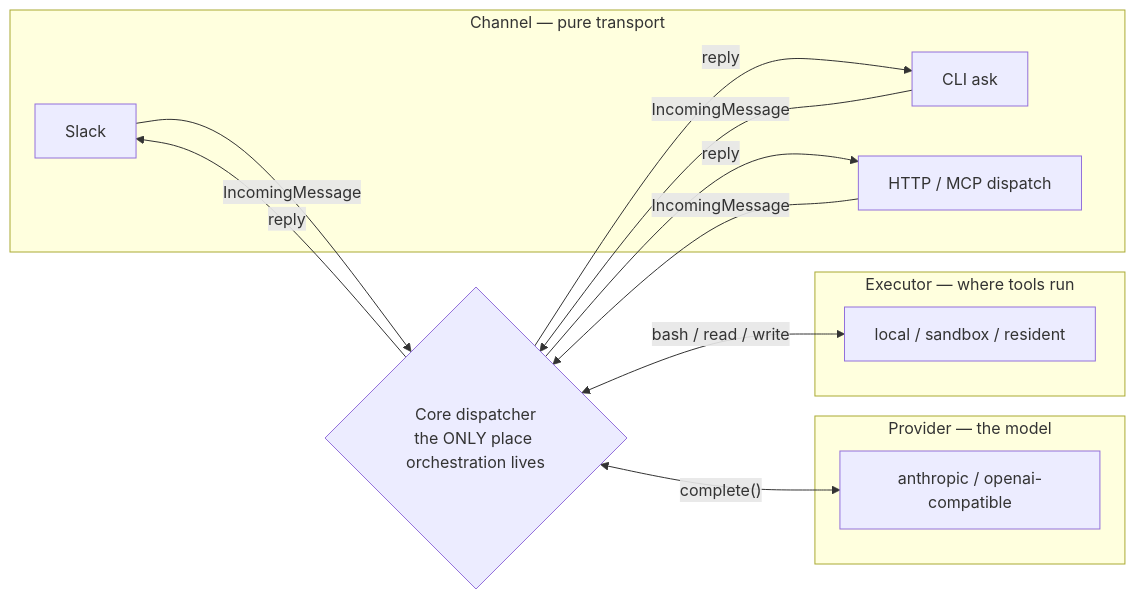
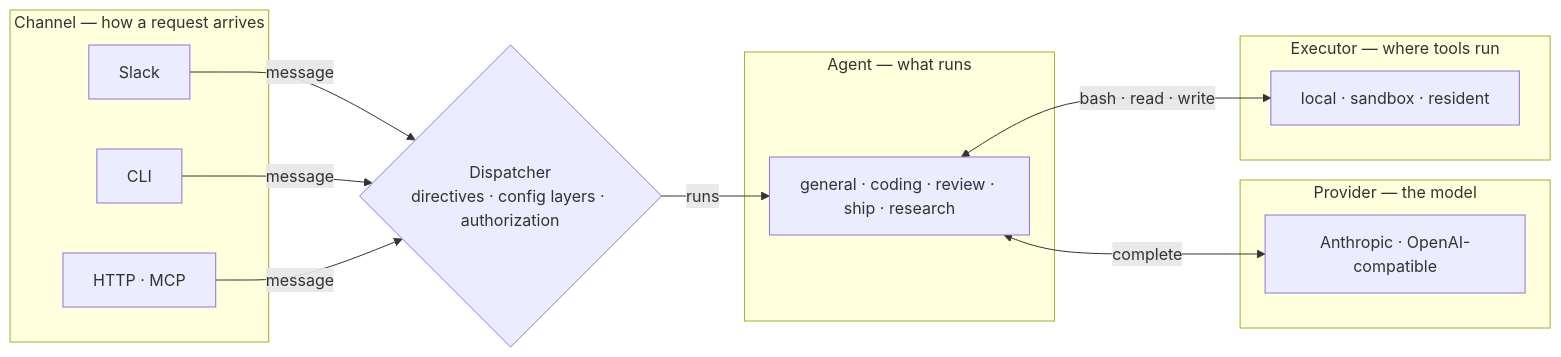
Before and after one commit to coreplanelabs/switchboard: the first of 2 diagrams in docs/explanation/how-a-request-flows.md, drawn with Mermaid. The commit also changed 22 other files, not shown here.

First line of the commit message:
docs(docs): every diagram shares one visual system, and the four seams and the deploy order are drawn from one source each

````diff
--- a/docs/explanation/how-a-request-flows.md
+++ b/docs/explanation/how-a-request-flows.md
@@ -5,23 +7,22 @@
 ```mermaid
 flowchart LR
-    subgraph channels ["Channel — pure transport"]
-        SL["Slack"]
-        CLI["CLI ask"]
-        FUT["HTTP / MCP dispatch"]
+    subgraph channel ["Channel — how a request arrives"]
+        C1["Slack"]
+        C2["CLI"]
+        C3["HTTP · MCP"]
     end
-
-    D{"Core dispatcher<br/>the ONLY place orchestration lives"}
-
-    subgraph providers ["Provider — the model"]
-        P["anthropic / openai-compatible"]
+    D{"Dispatcher<br/>directives · config layers · authorization"}
+    subgraph agent ["Agent — what runs"]
+        AG["general · coding · review · ship · research"]
     end
-
-    subgraph exec ["Executor — where tools run"]
-        E["local / sandbox / resident"]
+    subgraph provider ["Provider — the model"]
+        P["Anthropic · OpenAI-compatible"]
     end
-
-    SL & CLI & FUT -->|"IncomingMessage"| D
-    D <-->|"complete()"| P
-    D <-->|"bash / read / write"| E
-    D -->|"reply"| SL & CLI & FUT
+    subgraph executor ["Executor — where tools run"]
+        E["local · sandbox · resident"]
+    end
+    C1 & C2 & C3 -->|"message"| D
+    D -->|"runs"| AG
+    AG <-->|"complete"| P
+    AG <-->|"bash · read · write"| E
 ```
````
